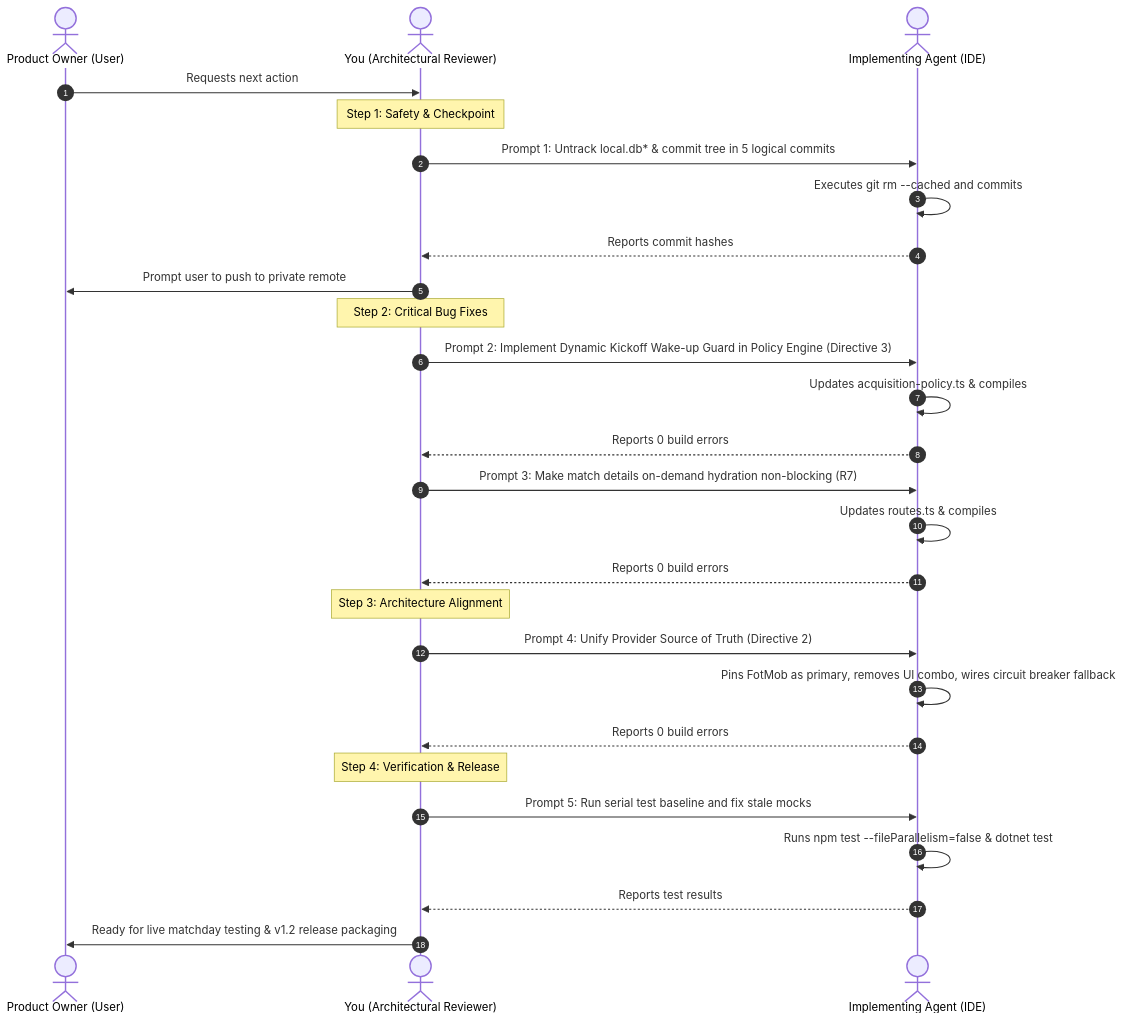
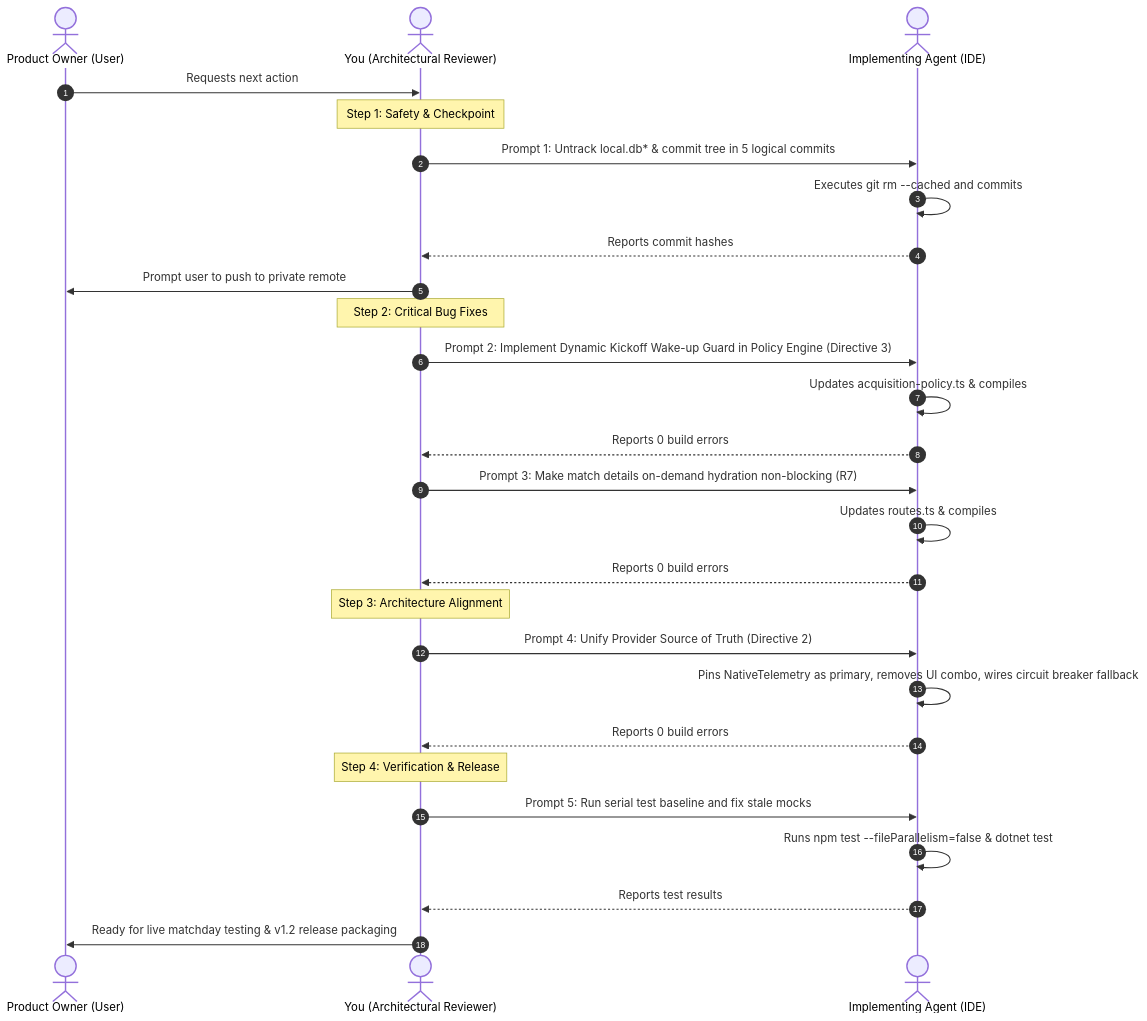
The second of 2 diagrams in docs/PROJECT_CONTEXT_ARCHITECTURAL_REVIEW.md (bo3abed505/FootballBar-Releases), drawn with Mermaid before and after one commit. The commit also changed other lines of this file and 8 other files, not shown here.

````diff
--- a/docs/PROJECT_CONTEXT_ARCHITECTURAL_REVIEW.md
+++ b/docs/PROJECT_CONTEXT_ARCHITECTURAL_REVIEW.md
@@ -292,33 +292,33 @@
 ```mermaid
 sequenceDiagram
   autonumber
   actor PO as Product Owner (User)
   actor Rev as You (Architectural Reviewer)
   actor Agent as Implementing Agent (IDE)
 
   PO->>Rev: Requests next action
   Note over Rev: Step 1: Safety & Checkpoint
   Rev->>Agent: Prompt 1: Untrack local.db* & commit tree in 5 logical commits
   Agent->>Agent: Executes git rm --cached and commits
   Agent-->>Rev: Reports commit hashes
   Rev->>PO: Prompt user to push to private remote
 
   Note over Rev: Step 2: Critical Bug Fixes
   Rev->>Agent: Prompt 2: Implement Dynamic Kickoff Wake-up Guard in Policy Engine (Directive 3)
   Agent->>Agent: Updates acquisition-policy.ts & compiles
   Agent-->>Rev: Reports 0 build errors
   Rev->>Agent: Prompt 3: Make match details on-demand hydration non-blocking (R7)
   Agent->>Agent: Updates routes.ts & compiles
   Agent-->>Rev: Reports 0 build errors
 
   Note over Rev: Step 3: Architecture Alignment
   Rev->>Agent: Prompt 4: Unify Provider Source of Truth (Directive 2)
-  Agent->>Agent: Pins FotMob as primary, removes UI combo, wires circuit breaker fallback
+  Agent->>Agent: Pins NativeTelemetry as primary, removes UI combo, wires circuit breaker fallback
   Agent-->>Rev: Reports 0 build errors
 
   Note over Rev: Step 4: Verification & Release
   Rev->>Agent: Prompt 5: Run serial test baseline and fix stale mocks
   Agent->>Agent: Runs npm test --fileParallelism=false & dotnet test
   Agent-->>Rev: Reports test results
   Rev->>PO: Ready for live matchday testing & v1.2 release packaging
 ```
````
